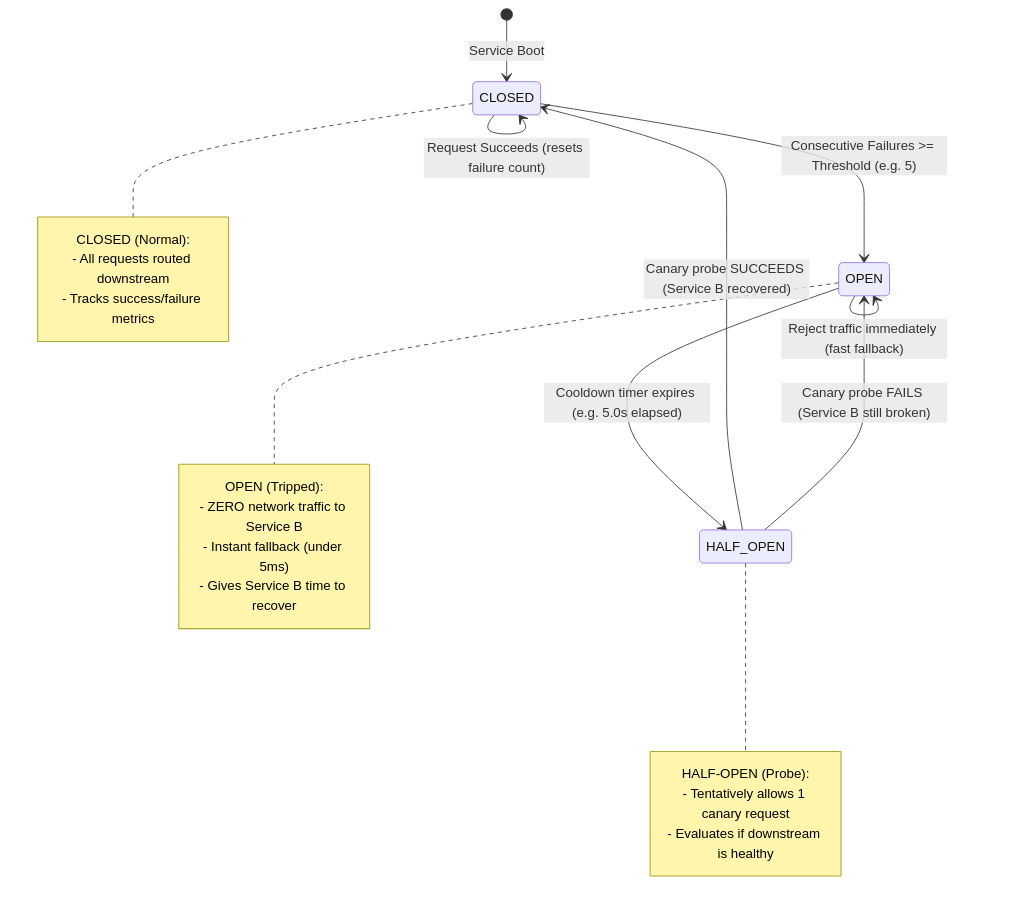
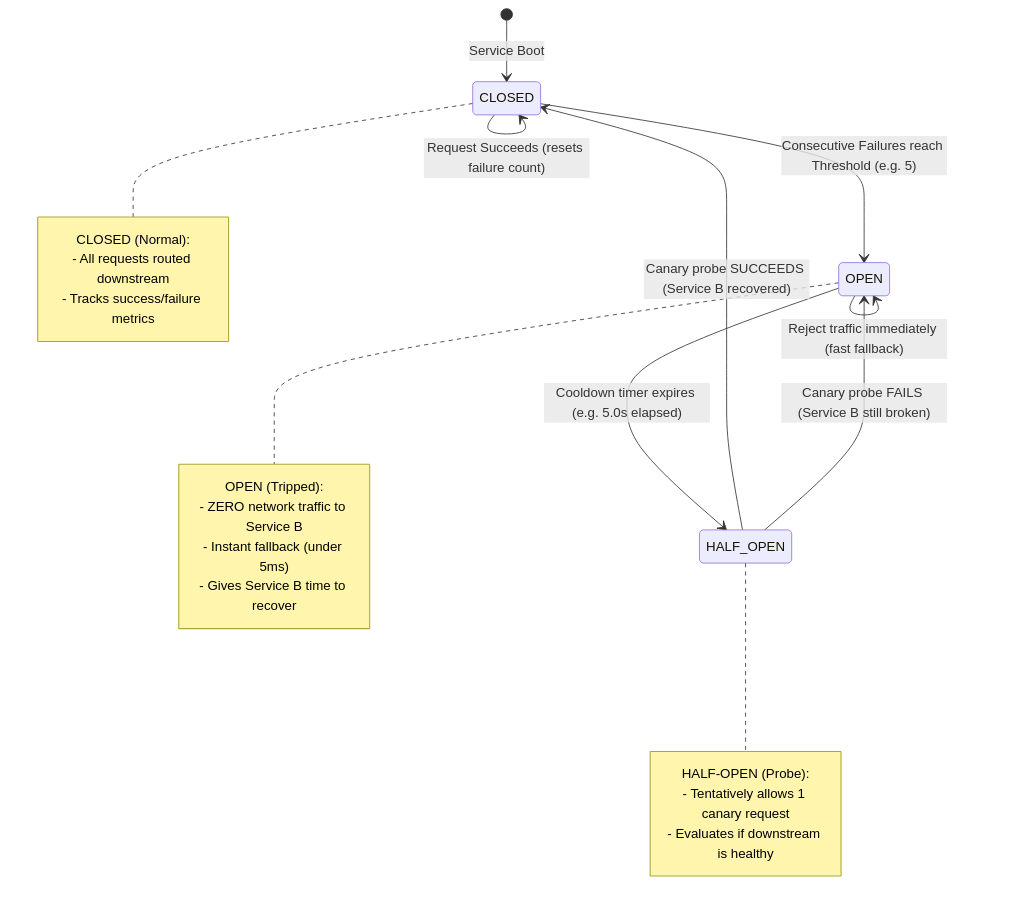
The diagram in docs/milestone-2/03-circuit-breaker.md (yodh4/ubiquitous-parakeet), drawn with Mermaid before and after one commit. The commit also changed 5 other files, not shown here.

Commit message:
Docs: Apply distinctive high-contrast color styling to README and all milestone-2 diagrams

````diff
--- a/docs/milestone-2/03-circuit-breaker.md
+++ b/docs/milestone-2/03-circuit-breaker.md
@@ -19,32 +19,32 @@
 ```mermaid
 stateDiagram-v2
     [*] --> CLOSED: Service Boot
 
     CLOSED --> CLOSED: Request Succeeds (resets failure count)
-    CLOSED --> OPEN: Consecutive Failures >= Threshold (e.g. 5)
+    CLOSED --> OPEN: Consecutive Failures reach Threshold (e.g. 5)
 
     note right of CLOSED
         CLOSED (Normal):
         - All requests routed downstream
         - Tracks success/failure metrics
     end note
 
     OPEN --> OPEN: Reject traffic immediately (fast fallback)
     OPEN --> HALF_OPEN: Cooldown timer expires (e.g. 5.0s elapsed)
 
     note right of OPEN
         OPEN (Tripped):
         - ZERO network traffic to Service B
         - Instant fallback (under 5ms)
         - Gives Service B time to recover
     end note
 
     HALF_OPEN --> CLOSED: Canary probe SUCCEEDS (Service B recovered)
     HALF_OPEN --> OPEN: Canary probe FAILS (Service B still broken)
 
     note right of HALF_OPEN
         HALF-OPEN (Probe):
         - Tentatively allows 1 canary request
         - Evaluates if downstream is healthy
     end note
 ```
````
